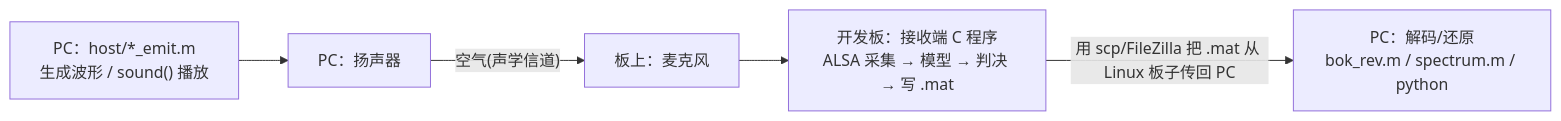
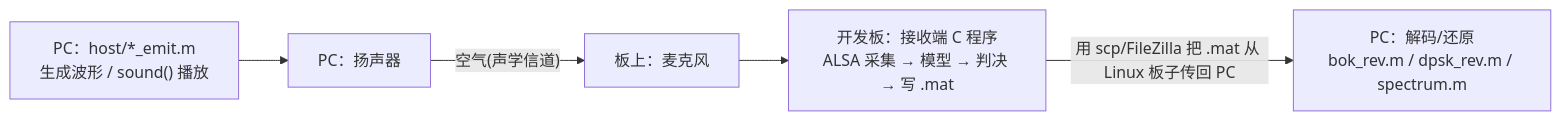
Before and after one commit to padhialuo0426/portable-acoustic-sdr: the diagram in documents/README.md, drawn with Mermaid. The commit also changed other lines of this file and 10 other files, not shown here.

````diff
--- a/documents/README.md
+++ b/documents/README.md
@@ -33,11 +33,11 @@
 ```mermaid
 flowchart LR
     emit["PC：host/*_emit.m<br/>生成波形 / sound() 播放"]
     spk["PC：扬声器"]
     mic["板上：麦克风"]
     rx["开发板：接收端 C 程序<br/>ALSA 采集 → 模型 → 判决 → 写 .mat"]
-    dec["PC：解码/还原<br/>bok_rev.m / spectrum.m / python"]
+    dec["PC：解码/还原<br/>bok_rev.m / dpsk_rev.m / spectrum.m"]
 
     emit --> spk -->|"空气(声学信道)"| mic --> rx
     rx -->|"用 scp/FileZilla 把 .mat 从 Linux 板子传回 PC"| dec
 ```
````
